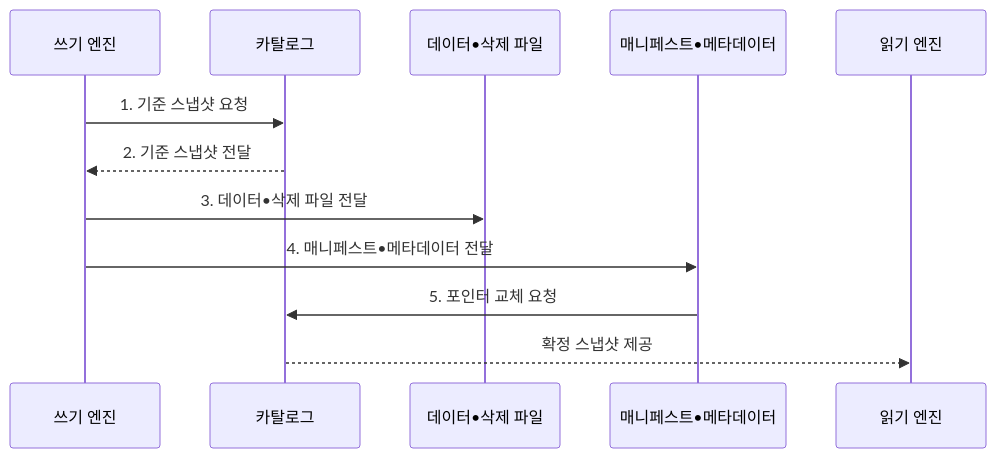
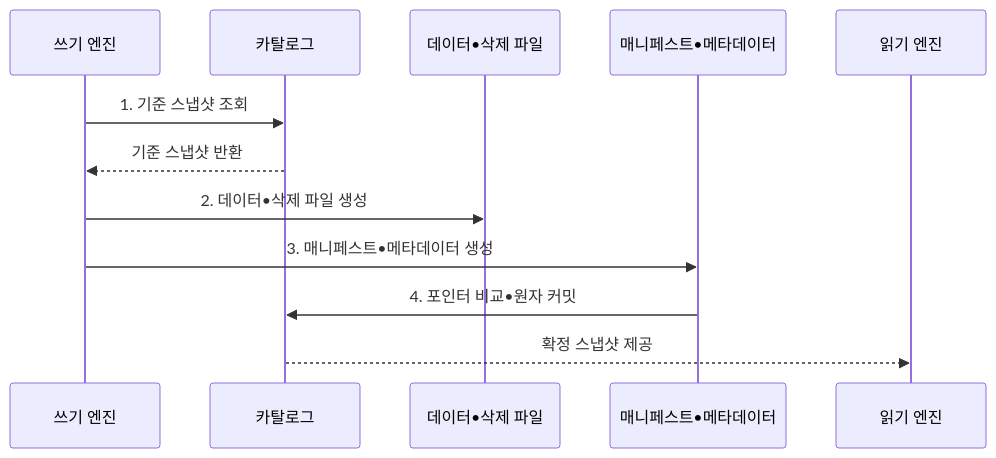
Before and after one commit to agnusdei1207/knowledge-base: the second of 2 diagrams in src/content/docs/notes/08-latest-tech/191_apache_iceberg.md, drawn with Mermaid. The commit also changed other lines of this file and 4 other files, not shown here.

````diff
--- a/src/content/docs/notes/08-latest-tech/191_apache_iceberg.md
+++ b/src/content/docs/notes/08-latest-tech/191_apache_iceberg.md
@@ -100,14 +100,14 @@
 ```mermaid
 sequenceDiagram
   participant W as 쓰기 엔진
   participant C as 카탈로그
   participant F as 데이터•삭제 파일
   participant M as 매니페스트•메타데이터
   participant R as 읽기 엔진
-  W->>C: 1. 기준 스냅샷 요청
-  C-->>W: 2. 기준 스냅샷 전달
-  W->>F: 3. 데이터•삭제 파일 전달
-  W->>M: 4. 매니페스트•메타데이터 전달
-  M->>C: 5. 포인터 교체 요청
+  W->>C: 1. 기준 스냅샷 조회
+  C-->>W: 기준 스냅샷 반환
+  W->>F: 2. 데이터•삭제 파일 생성
+  W->>M: 3. 매니페스트•메타데이터 생성
+  M->>C: 4. 포인터 비교•원자 커밋
   C-->>R: 확정 스냅샷 제공
 ```
````
